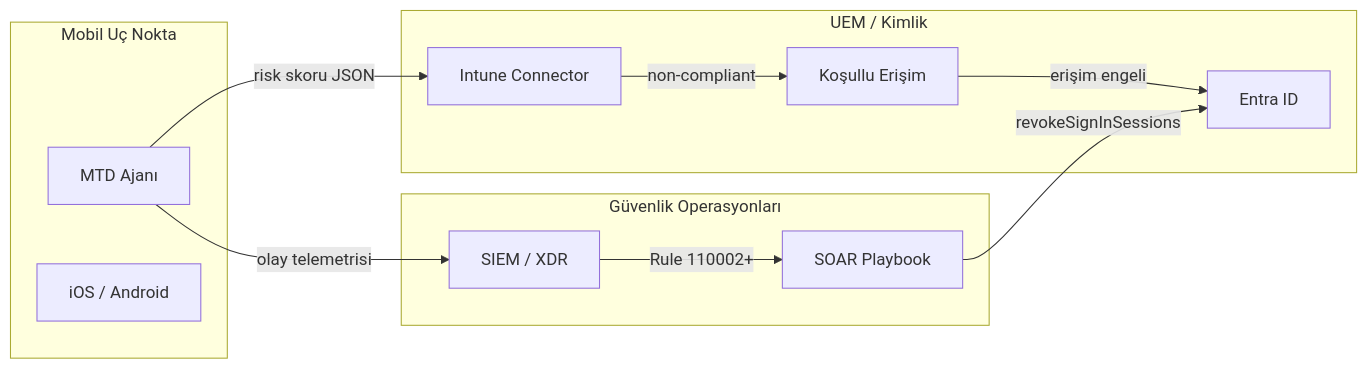
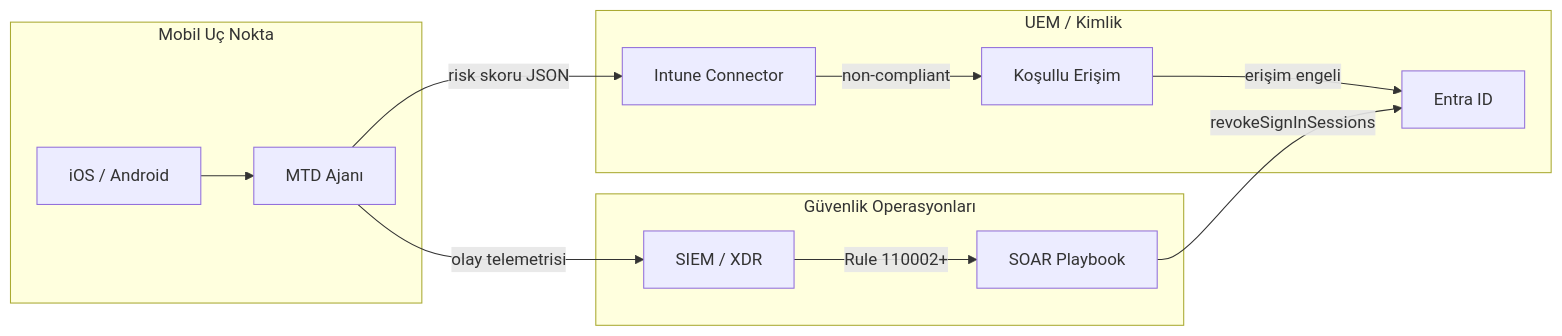
Before and after one commit to yusufarbc/Siber-Guvenlik-Rehberi: the diagram in src/content/docs/08-mobil-guvenlik/02-mtd-ve-ag-tehditleri.md, drawn with Mermaid. The commit also changed 13 other files, not shown here.

First line of the commit message:
Mermaid diyagramlarındaki yapısal sorunları düzelt, kalabalık olanları sadeleştir

````diff
--- a/src/content/docs/08-mobil-guvenlik/02-mtd-ve-ag-tehditleri.md
+++ b/src/content/docs/08-mobil-guvenlik/02-mtd-ve-ag-tehditleri.md
@@ -69,22 +69,23 @@
 ```mermaid
 flowchart LR
     subgraph Cihaz["Mobil Uç Nokta"]
         MTD["MTD Ajanı"]
         Dev["iOS / Android"]
     end
     subgraph UEM["UEM / Kimlik"]
         Intune["Intune Connector"]
         CA["Koşullu Erişim"]
         Entra["Entra ID"]
     end
     subgraph SOC["Güvenlik Operasyonları"]
         SIEM["SIEM / XDR"]
         SOAR["SOAR Playbook"]
     end
+    Dev --> MTD
     MTD -->|risk skoru JSON| Intune
     Intune -->|non-compliant| CA
     CA -->|erişim engeli| Entra
     MTD -->|olay telemetrisi| SIEM
     SIEM -->|Rule 110002+| SOAR
     SOAR -->|revokeSignInSessions| Entra
 ```
````
